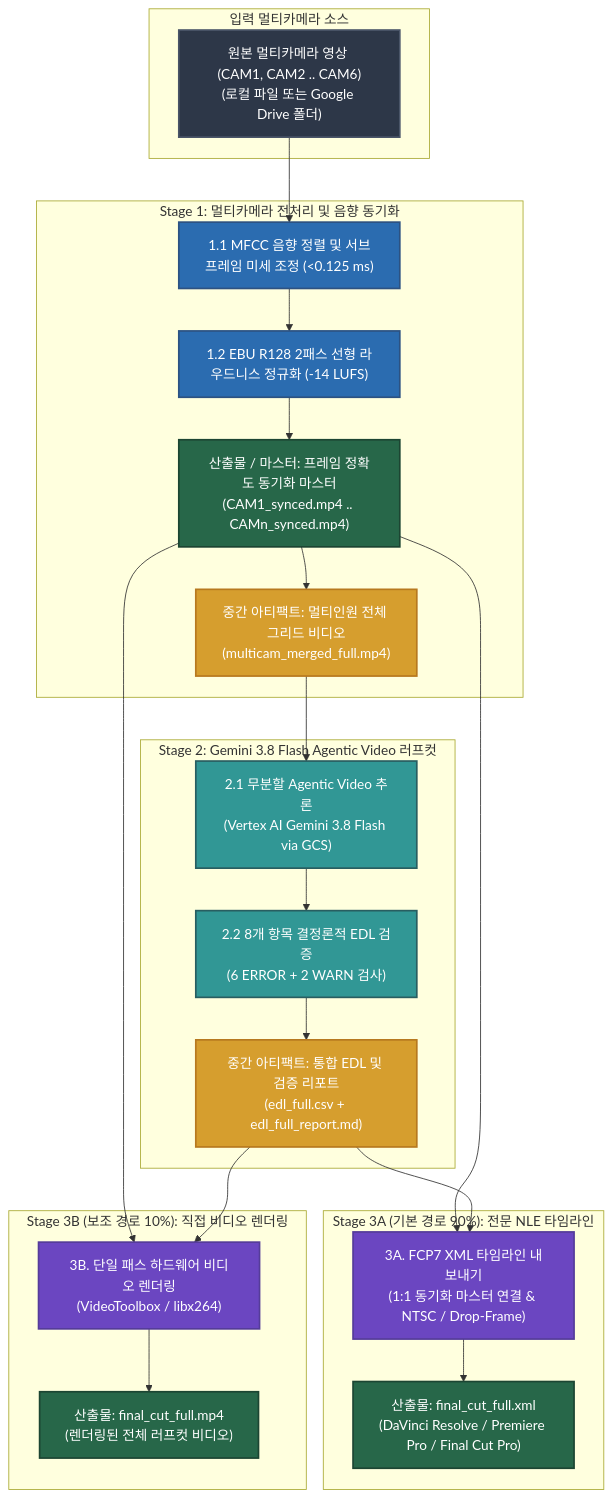
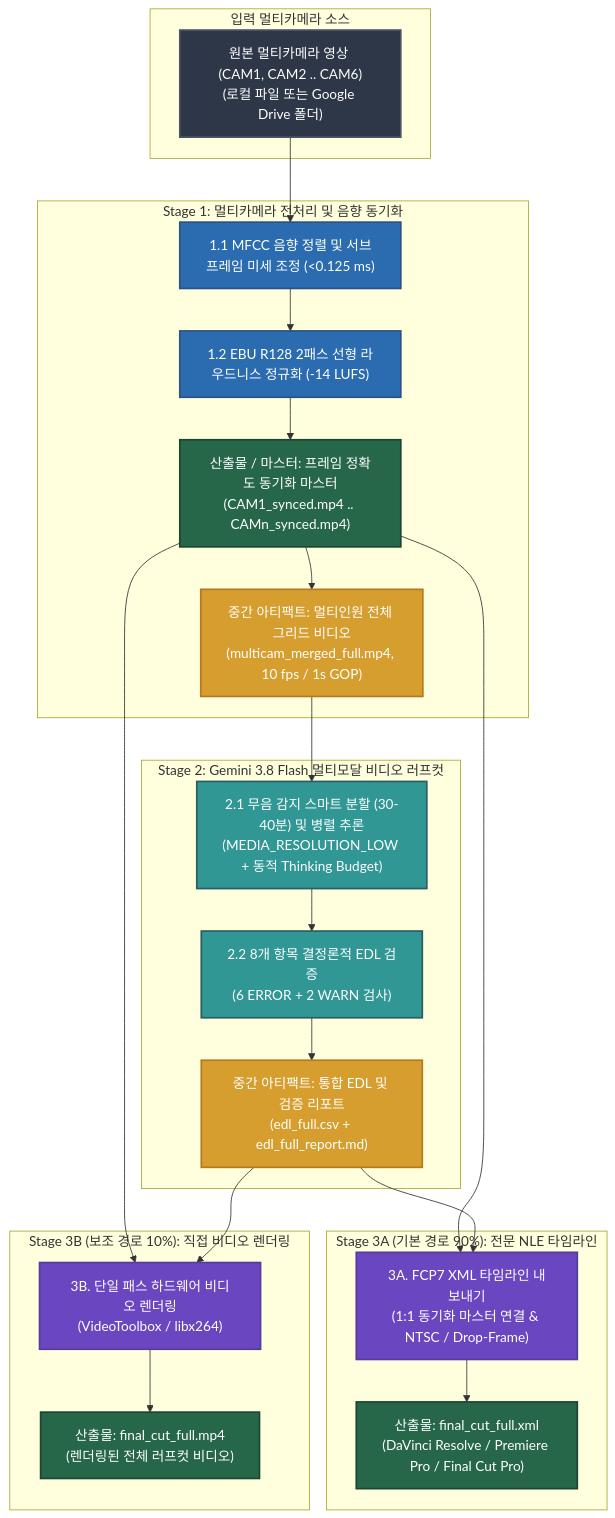
Before and after one commit to a0359627/multicam-video-preprocessing: the diagram in README.ko.md, drawn with Mermaid. The commit also changed other lines of this file and 14 other files, not shown here.

````diff
--- a/README.ko.md
+++ b/README.ko.md
@@ -46,50 +46,50 @@
 ```mermaid
 flowchart TD
     classDef inputStyle fill:#2D3748,stroke:#4A5568,stroke-width:2px,color:#fff;
     classDef stage1Style fill:#2B6CB0,stroke:#2C5282,stroke-width:2px,color:#fff;
     classDef stage2Style fill:#319795,stroke:#285E61,stroke-width:2px,color:#fff;
     classDef stage3Style fill:#6B46C1,stroke:#553C9A,stroke-width:2px,color:#fff;
     classDef artifactStyle fill:#D69E2E,stroke:#B7791F,stroke-width:2px,color:#fff;
     classDef outputStyle fill:#276749,stroke:#1C4532,stroke-width:2px,color:#fff;
 
     subgraph Inputs["입력 멀티카메라 소스"]
         A["원본 멀티카메라 영상 (CAM1, CAM2 .. CAM6)<br/>(로컬 파일 또는 Google Drive 폴더)"]:::inputStyle
     end
 
     subgraph S1["Stage 1: 멀티카메라 전처리 및 음향 동기화"]
         S1_1["1.1 MFCC 음향 정렬 및 서브프레임 미세 조정 (<0.125 ms)"]:::stage1Style
         S1_2["1.2 EBU R128 2패스 선형 라우드니스 정규화 (-14 LUFS)"]:::stage1Style
         S1_3["산출물 / 마스터: 프레임 정확도 동기화 마스터<br/>(CAM1_synced.mp4 .. CAMn_synced.mp4)"]:::outputStyle
-        S1_4["중간 아티팩트: 멀티인원 전체 그리드 비디오<br/>(multicam_merged_full.mp4)"]:::artifactStyle
+        S1_4["중간 아티팩트: 멀티인원 전체 그리드 비디오<br/>(multicam_merged_full.mp4, 10 fps / 1s GOP)"]:::artifactStyle
         S1_1 --> S1_2
         S1_2 --> S1_3
         S1_3 --> S1_4
     end
 
-    subgraph S2["Stage 2: Gemini 3.8 Flash Agentic Video 러프컷"]
-        S2_1["2.1 무분할 Agentic Video 추론<br/>(Vertex AI Gemini 3.8 Flash via GCS)"]:::stage2Style
+    subgraph S2["Stage 2: Gemini 3.8 Flash 멀티모달 비디오 러프컷"]
+        S2_1["2.1 무음 감지 스마트 분할 (30-40분) 및 병렬 추론<br/>(MEDIA_RESOLUTION_LOW + 동적 Thinking Budget)"]:::stage2Style
         S2_2["2.2 8개 항목 결정론적 EDL 검증<br/>(6 ERROR + 2 WARN 검사)"]:::stage2Style
         EDL["중간 아티팩트: 통합 EDL 및 검증 리포트<br/>(edl_full.csv + edl_full_report.md)"]:::artifactStyle
         S2_1 --> S2_2
         S2_2 --> EDL
     end
 
     subgraph S3A["Stage 3A (기본 경로 90%): 전문 NLE 타임라인"]
         S3A_ACT["3A. FCP7 XML 타임라인 내보내기<br/>(1:1 동기화 마스터 연결 & NTSC / Drop-Frame)"]:::stage3Style
         XML["산출물: final_cut_full.xml<br/>(DaVinci Resolve / Premiere Pro / Final Cut Pro)"]:::outputStyle
         S3A_ACT --> XML
     end
 
     subgraph S3B["Stage 3B (보조 경로 10%): 직접 비디오 렌더링"]
         S3B_ACT["3B. 단일 패스 하드웨어 비디오 렌더링<br/>(VideoToolbox / libx264)"]:::stage3Style
         MP4["산출물: final_cut_full.mp4<br/>(렌더링된 전체 러프컷 비디오)"]:::outputStyle
         S3B_ACT --> MP4
     end
 
     A --> S1_1
     S1_4 --> S2_1
     S1_3 --> S3A_ACT
     EDL --> S3A_ACT
     S1_3 --> S3B_ACT
     EDL --> S3B_ACT
 ```
````
